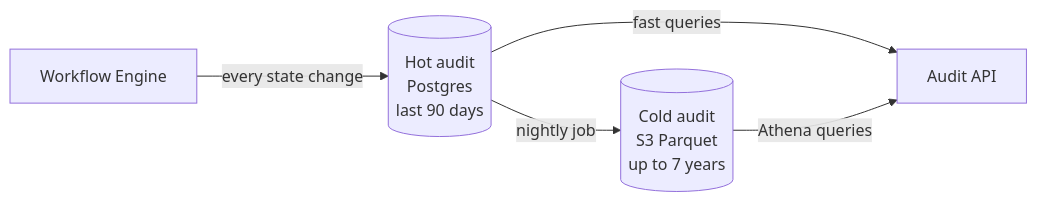
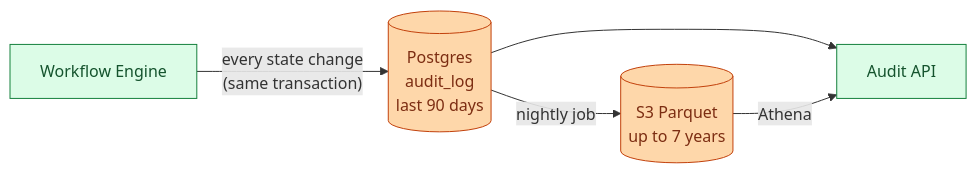
One commit to shiningflash/system-design changed diagram 11 of 11 in problems/011-approval-management/question.md. Above: the diagram before and after it, drawn with Mermaid. The commit also changed other lines of this file and 1 other file, not shown here.

First line of the commit message:
011 approval: clearer prose, color-grouped mermaid, build-up architecture

````diff
--- a/problems/011-approval-management/question.md
+++ b/problems/011-approval-management/question.md
@@ -380,7 +483,10 @@
 ```mermaid
 flowchart LR
-    Engine[Workflow Engine] -->|every state change| Hot[("Hot audit<br/>Postgres<br/>last 90 days")]
-    Hot -->|nightly job| Cold[("Cold audit<br/>S3 Parquet<br/>up to 7 years")]
-    Hot -->|fast queries| API1[Audit API]
-    Cold -->|Athena queries| API1
+    E[Workflow Engine]:::app -->|"every state change<br/>(same transaction)"| Hot[("Postgres<br/>audit_log<br/>last 90 days")]:::db
+    Hot -->|nightly job| Cold[("S3 Parquet<br/>up to 7 years")]:::db
+    Hot --> Q1[Audit API]:::app
+    Cold -->|Athena| Q1
+
+    classDef app fill:#dcfce7,stroke:#15803d,color:#14532d
+    classDef db fill:#fed7aa,stroke:#c2410c,color:#7c2d12
 ```
````
